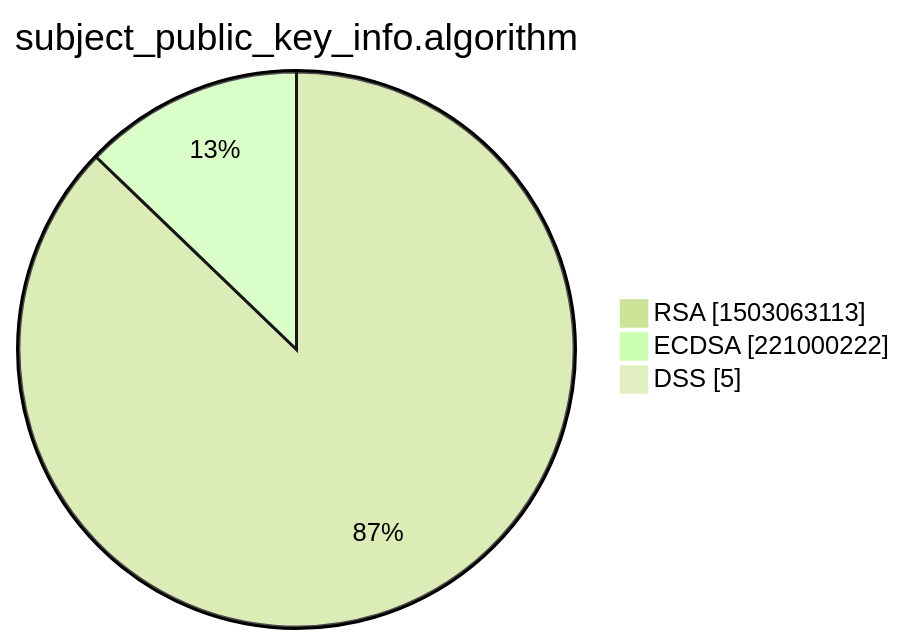
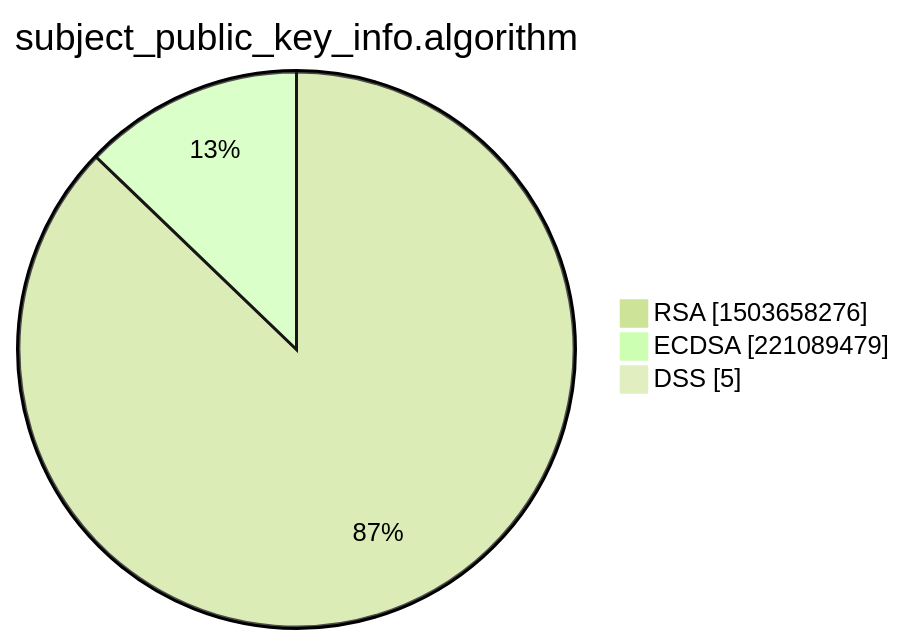
One commit to christiankrug/ctmonitor_visualization changed the third of 15 diagrams in xenon2022/README.md. Above: the diagram before and after it, drawn with Mermaid (forest theme). The commit also changed other lines of this file, not shown here.

````diff
--- a/xenon2022/README.md
+++ b/xenon2022/README.md
@@ -14,7 +14,7 @@
 ```mermaid
 pie showData
 title subject_public_key_info.algorithm
-"RSA" :1503063113
-"ECDSA" :221000222
+"RSA" :1503658276
+"ECDSA" :221089479
 "DSS" :5
 ```
````
